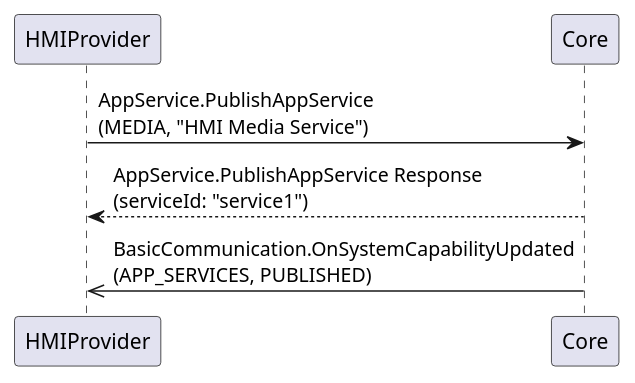
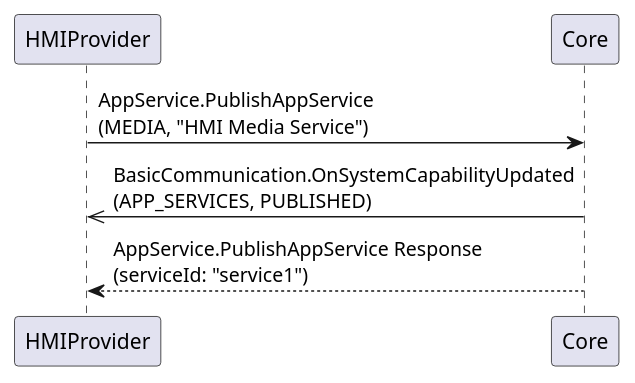
One commit to smartdevicelink/sdl_hmi_integration_guidelines changed the diagram in docs/AppService/PublishAppService/assets/PublishAppService.puml. Above: the diagram before and after it, drawn with PlantUML. The commit also changed other lines of this file and 5 other files, not shown here.

```diff
--- a/docs/AppService/PublishAppService/assets/PublishAppService.puml
+++ b/docs/AppService/PublishAppService/assets/PublishAppService.puml
@@ -1,9 +1,9 @@
 @startuml PublishAppService
 participant HMIProvider
 participant Core
 
 HMIProvider -> Core: AppService.PublishAppService\n(MEDIA, "HMI Media Service")
+Core ->> HMIProvider : BasicCommunication.OnSystemCapabilityUpdated\n(APP_SERVICES, PUBLISHED)
 Core --> HMIProvider: AppService.PublishAppService Response\n(serviceId: "service1")
-Core ->> HMIProvider : BasicCommunication.OnSystemCapabilityUpdated\n(APP_SERVICES, PUBLISHED)
 
 @enduml
```
